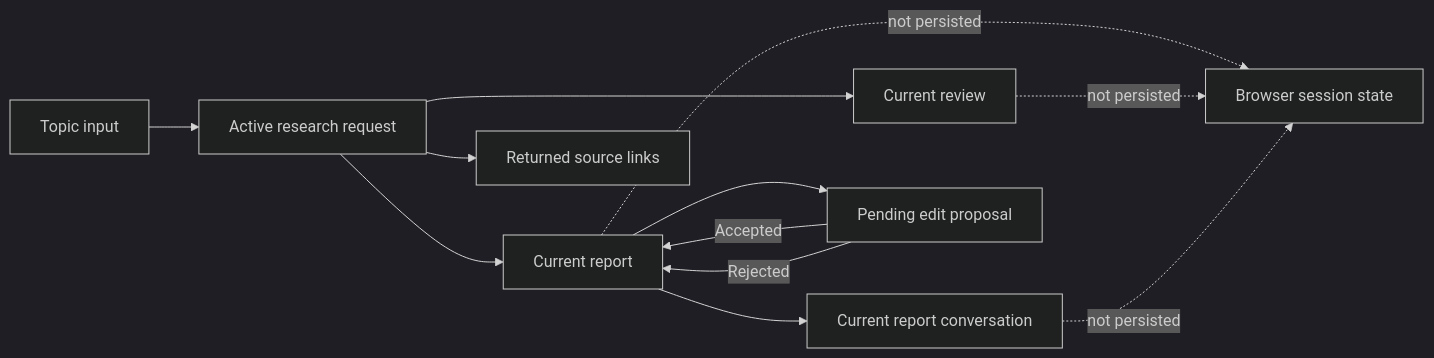
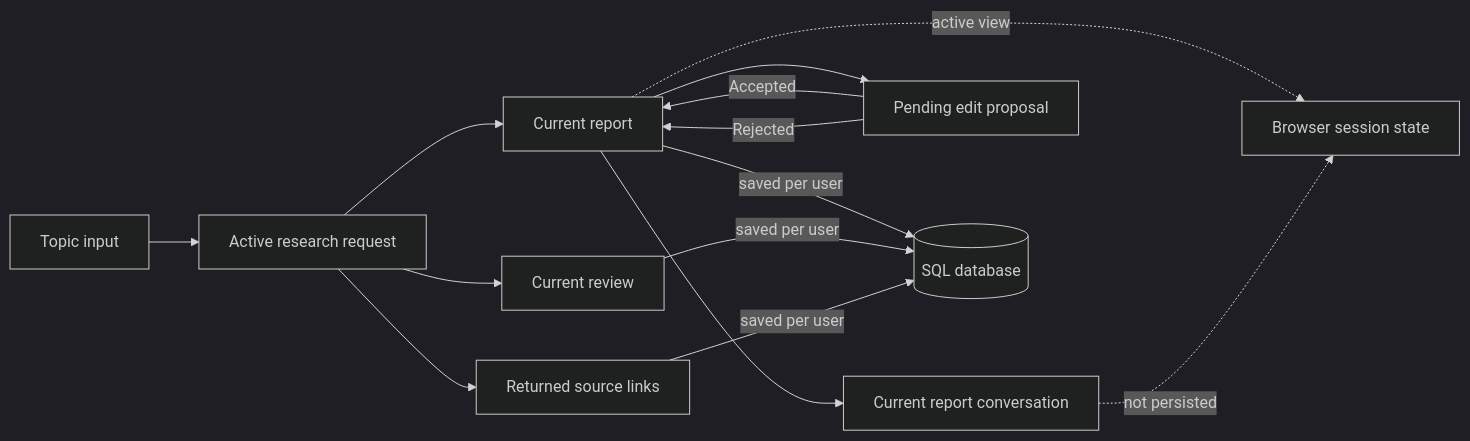
The fourth of 4 diagrams in PUBLIC_PROJECT_DOCUMENTATION.md (Ultriti-Tech/ResearchBand-Research-Report-Agent), drawn with Mermaid (dark theme) before and after one commit. The commit also changed other lines of this file and 19 other files, not shown here.

````diff
--- a/PUBLIC_PROJECT_DOCUMENTATION.md
+++ b/PUBLIC_PROJECT_DOCUMENTATION.md
@@ -554,14 +556,16 @@
 ```mermaid
 flowchart LR
     TOPIC[Topic input] --> RUN[Active research request]
     RUN --> REPORT[Current report]
     RUN --> REVIEW[Current review]
     RUN --> SOURCES[Returned source links]
     REPORT --> CHAT[Current report conversation]
     REPORT --> EDIT[Pending edit proposal]
     EDIT -->|Accepted| REPORT
     EDIT -->|Rejected| REPORT
-    REPORT -. not persisted .-> SESSION[Browser session state]
-    REVIEW -. not persisted .-> SESSION
+    REPORT -->|saved per user| DB[(SQL database)]
+    REVIEW -->|saved per user| DB
+    SOURCES -->|saved per user| DB
+    REPORT -. active view .-> SESSION[Browser session state]
     CHAT -. not persisted .-> SESSION
 ```
````
